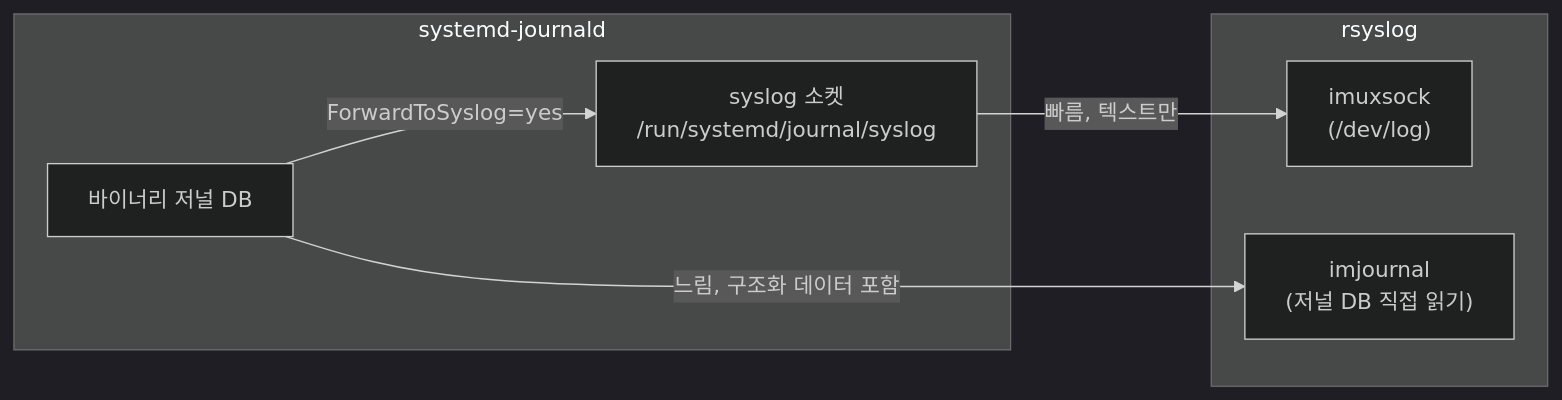
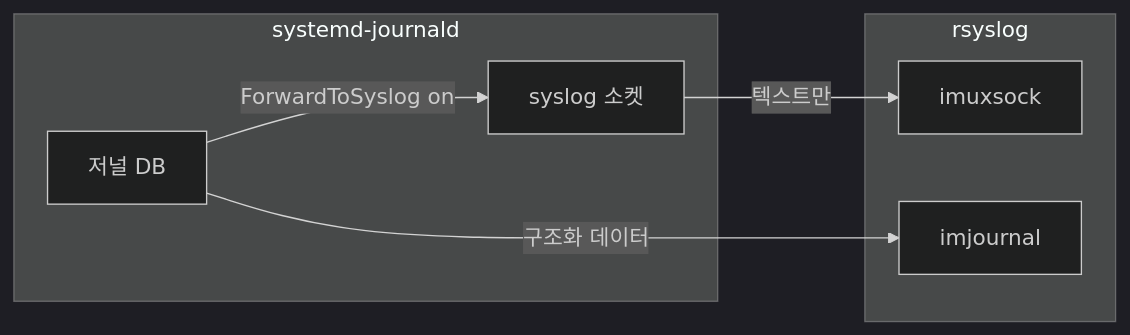
One commit to moonblueblue/devops-wiki changed the fifth of 8 diagrams in content/linux/logging/system-logging.md. Above: the diagram before and after it, drawn with Mermaid (dark theme). The commit also changed other lines of this file and 12 other files, not shown here.

First line of the commit message:
style: linux 섹션 전체 ASCII art 제거 및 Mermaid 규칙 적용

````diff
--- a/content/linux/logging/system-logging.md
+++ b/content/linux/logging/system-logging.md
@@ -607,16 +615,16 @@
 ```mermaid
-graph LR
+flowchart LR
     subgraph j["systemd-journald"]
-        JDB["바이너리 저널 DB"]
-        JSOCK["syslog 소켓\n/run/systemd/journal/syslog"]
+        JDB[저널 DB]
+        JSOCK[syslog 소켓]
     end
 
     subgraph r["rsyslog"]
-        IMUXSOCK["imuxsock\n(/dev/log)"]
-        IMJOURNAL["imjournal\n(저널 DB 직접 읽기)"]
+        IMUXSOCK[imuxsock]
+        IMJOURNAL[imjournal]
     end
 
-    JDB -- "ForwardToSyslog=yes" --> JSOCK
-    JSOCK -- "빠름, 텍스트만" --> IMUXSOCK
-    JDB -- "느림, 구조화 데이터 포함" --> IMJOURNAL
+    JDB -- ForwardToSyslog on --> JSOCK
+    JSOCK -- 텍스트만 --> IMUXSOCK
+    JDB -- 구조화 데이터 --> IMJOURNAL
 ```
````
